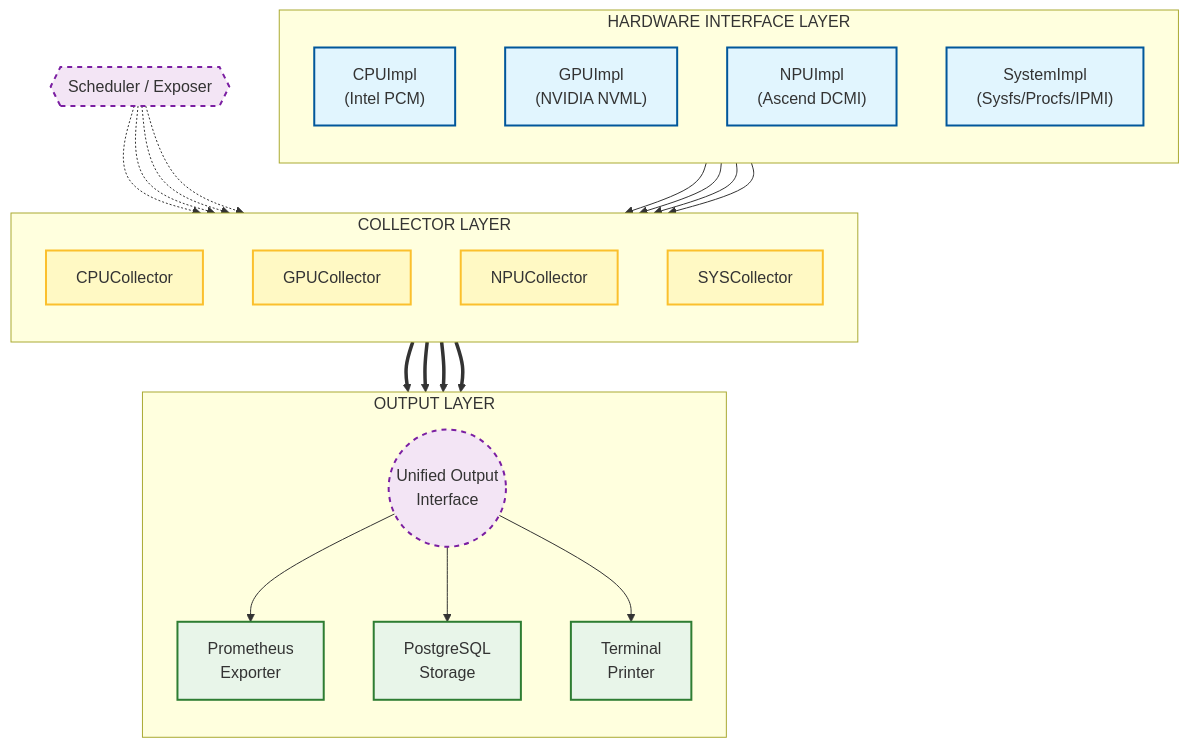
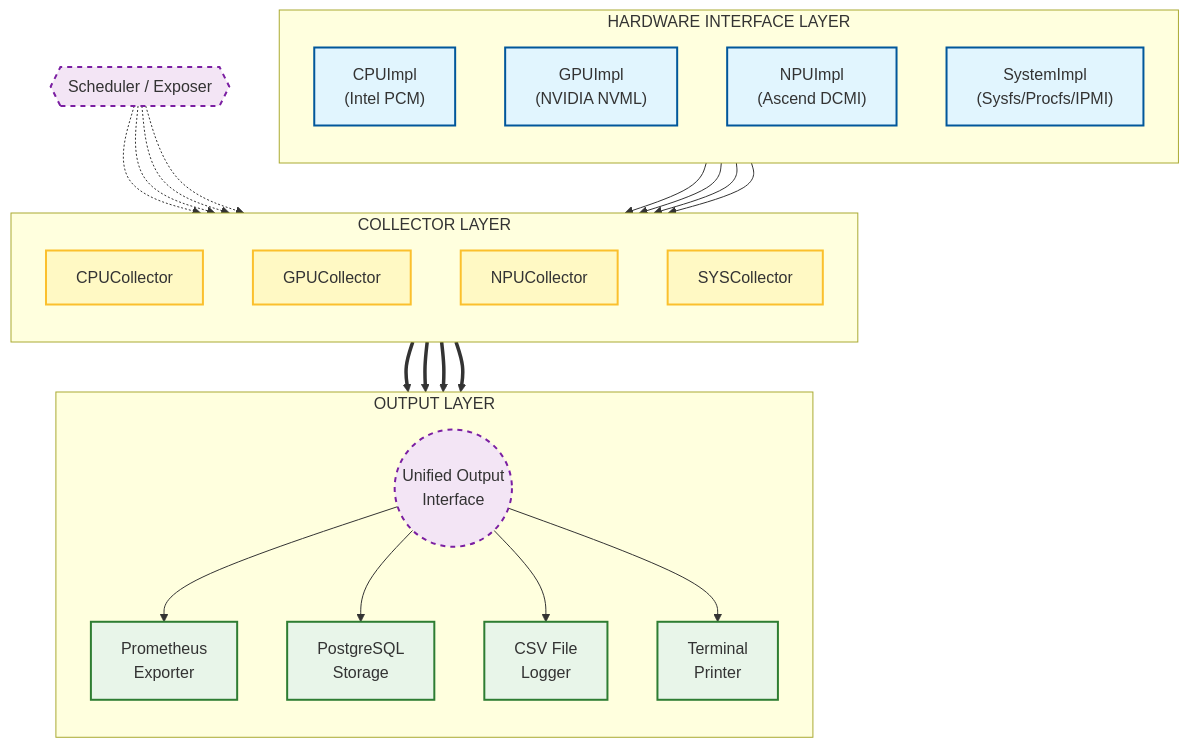
The diagram in README.md (cocodechen/HwGauge), drawn with Mermaid before and after one commit. The commit also changed other lines of this file and 1 other file, not shown here.

````diff
--- a/README.md
+++ b/README.md
@@ -21,52 +21,54 @@
 ```mermaid
 flowchart TD
-    %% 样式定义
+    %% Style Definitions
     classDef hardware fill:#e1f5fe,stroke:#01579b,stroke-width:2px;
     classDef collector fill:#fff9c4,stroke:#fbc02d,stroke-width:2px;
     classDef output fill:#e8f5e9,stroke:#2e7d32,stroke-width:2px;
     classDef interface fill:#f3e5f5,stroke:#7b1fa2,stroke-width:2px,stroke-dasharray: 5 5;
 
     subgraph HardwareLayer ["HARDWARE INTERFACE LAYER"]
         direction TB
         A1["CPUImpl<br/>(Intel PCM)"]:::hardware
         A2["GPUImpl<br/>(NVIDIA NVML)"]:::hardware
         A3["NPUImpl<br/>(Ascend DCMI)"]:::hardware
         A4["SystemImpl<br/>(Sysfs/Procfs/IPMI)"]:::hardware
     end
 
     subgraph CollectorLayer ["COLLECTOR LAYER"]
         direction TB
         B1["CPUCollector"]:::collector
         B2["GPUCollector"]:::collector
         B3["NPUCollector"]:::collector
         B4["SYSCollector"]:::collector
     end
 
     subgraph OutputLayer ["OUTPUT LAYER"]
         direction TB
-        %% 这是一个逻辑上的汇聚节点，使图表更简洁
+        %% Logical Aggregation Node
         O_Proxy(("Unified Output<br/>Interface")):::interface
         
         C1["Prometheus<br/>Exporter"]:::output
         C2["PostgreSQL<br/>Storage"]:::output
-        C3["Terminal<br/>Printer"]:::output
+        C3["CSV File<br/>Logger"]:::output
+        C4["Terminal<br/>Printer"]:::output
     end
 
-    %% 核心控制器
+    %% Core Scheduler
     D{{Scheduler / Exposer}}:::interface
 
-    %% 关系连线
+    %% Relations
     D -.-> B1 & B2 & B3 & B4
 
     A1 --> B1
     A2 --> B2
     A3 --> B3
     A4 --> B4
 
-    %% 关键修改：所有收集器指向统一接口，再分发
+    %% Collectors to Proxy
     B1 & B2 & B3 & B4 ==> O_Proxy
     
     O_Proxy --> C1
     O_Proxy --> C2
     O_Proxy --> C3
+    O_Proxy --> C4
 ```
````
